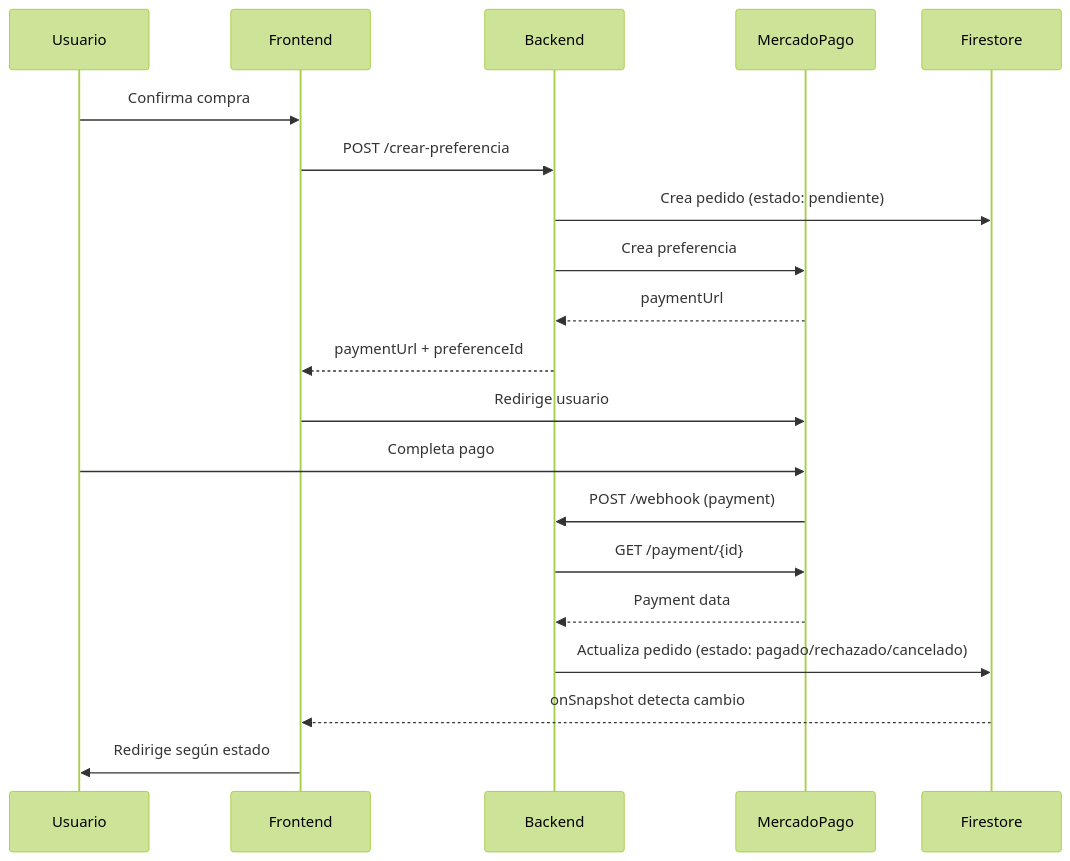
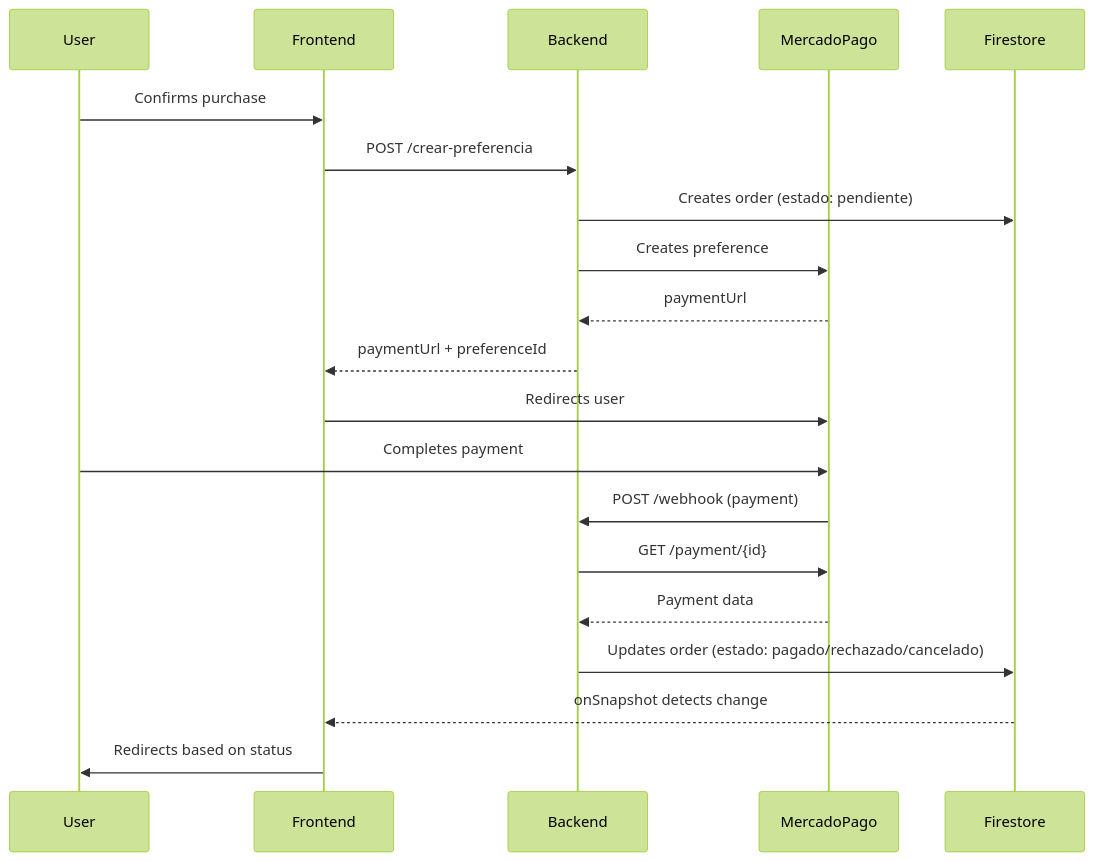
Before and after one commit to littleg0d/MedifyBackend: the diagram in README.md, drawn with Mermaid (forest theme). The commit also changed other lines of this file and 1 other file, not shown here.

````diff
--- a/README.md
+++ b/README.md
@@ -371,23 +384,23 @@
 ```mermaid
 sequenceDiagram
-    participant U as Usuario
+    participant U as User
     participant F as Frontend
     participant B as Backend
     participant MP as MercadoPago
     participant FB as Firestore
 
-    U->>F: Confirma compra
+    U->>F: Confirms purchase
     F->>B: POST /crear-preferencia
-    B->>FB: Crea pedido (estado: pendiente)
-    B->>MP: Crea preferencia
+    B->>FB: Creates order (estado: pendiente)
+    B->>MP: Creates preference
     MP-->>B: paymentUrl
     B-->>F: paymentUrl + preferenceId
-    F->>MP: Redirige usuario
-    U->>MP: Completa pago
+    F->>MP: Redirects user
+    U->>MP: Completes payment
     MP->>B: POST /webhook (payment)
     B->>MP: GET /payment/{id}
     MP-->>B: Payment data
-    B->>FB: Actualiza pedido (estado: pagado/rechazado/cancelado)
-    FB-->>F: onSnapshot detecta cambio
-    F->>U: Redirige según estado
+    B->>FB: Updates order (estado: pagado/rechazado/cancelado)
+    FB-->>F: onSnapshot detects change
+    F->>U: Redirects based on status
 ```
````
